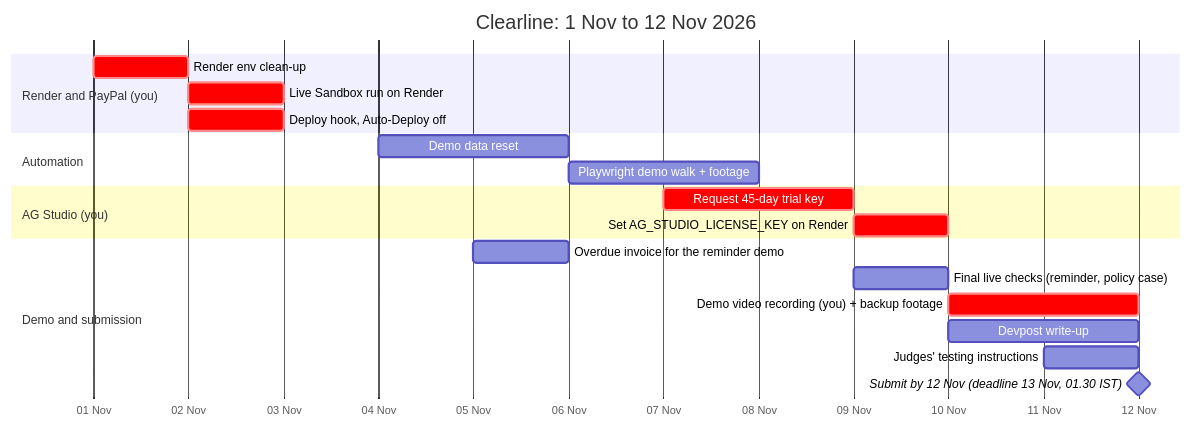
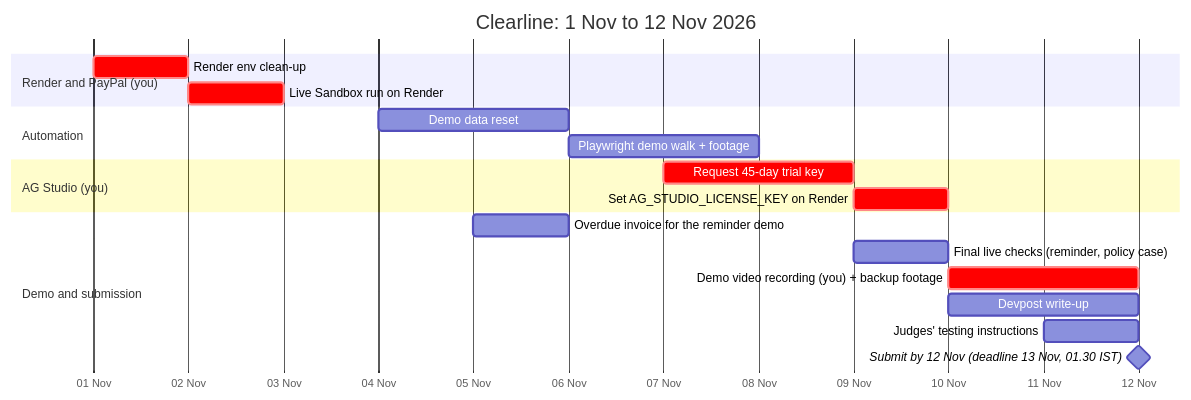
The diagram in docs/STATUS.md (kk161205/Clearline), drawn with Mermaid before and after one commit. The commit also changed other lines of this file and 5 other files, not shown here.

````diff
--- a/docs/STATUS.md
+++ b/docs/STATUS.md
@@ -95,23 +96,22 @@
 ```mermaid
 gantt
   title Clearline: 1 Nov to 12 Nov 2026
   dateFormat YYYY-MM-DD
   axisFormat %d %b
   section Render and PayPal (you)
   Render env clean-up                        :crit, r1, 2026-11-01, 1d
   Live Sandbox run on Render                 :crit, r3, 2026-11-02, 1d
-  Deploy hook, Auto-Deploy off               :crit, r4, 2026-11-02, 1d
   section Automation
   Demo data reset                            :a3, 2026-11-04, 2d
   Playwright demo walk + footage             :a4, 2026-11-06, 2d
   section AG Studio (you)
   Request 45-day trial key                   :crit, s1, 2026-11-07, 2d
   Set AG_STUDIO_LICENSE_KEY on Render        :crit, s2, after s1, 1d
   section Demo and submission
   Overdue invoice for the reminder demo      :d0, 2026-11-05, 1d
   Final live checks (reminder, policy case)  :d1, 2026-11-09, 1d
   Demo video recording (you) + backup footage :crit, d2, 2026-11-10, 2d
   Devpost write-up                           :d3, 2026-11-10, 2d
   Judges' testing instructions               :d4, 2026-11-11, 1d
   Submit by 12 Nov (deadline 13 Nov, 01.30 IST) :milestone, d5, 2026-11-12, 0d
 ```
````
